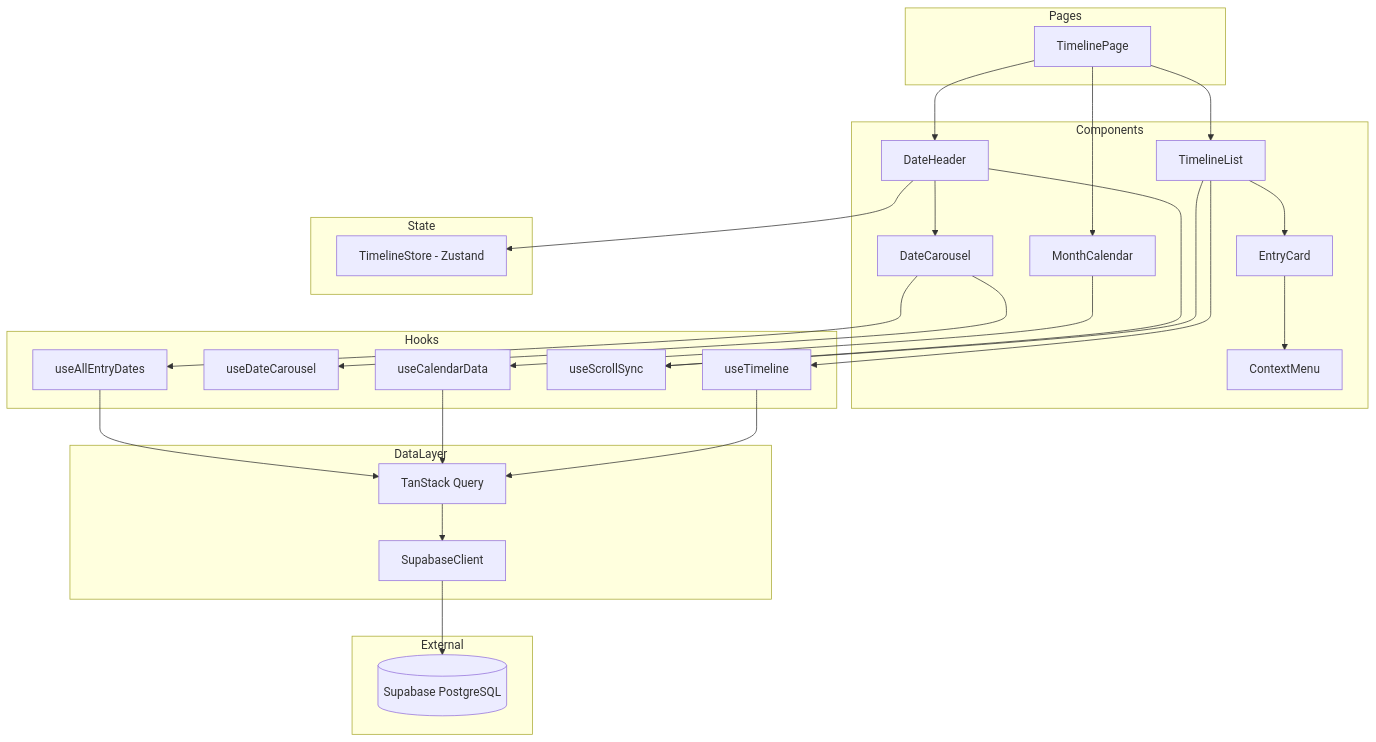
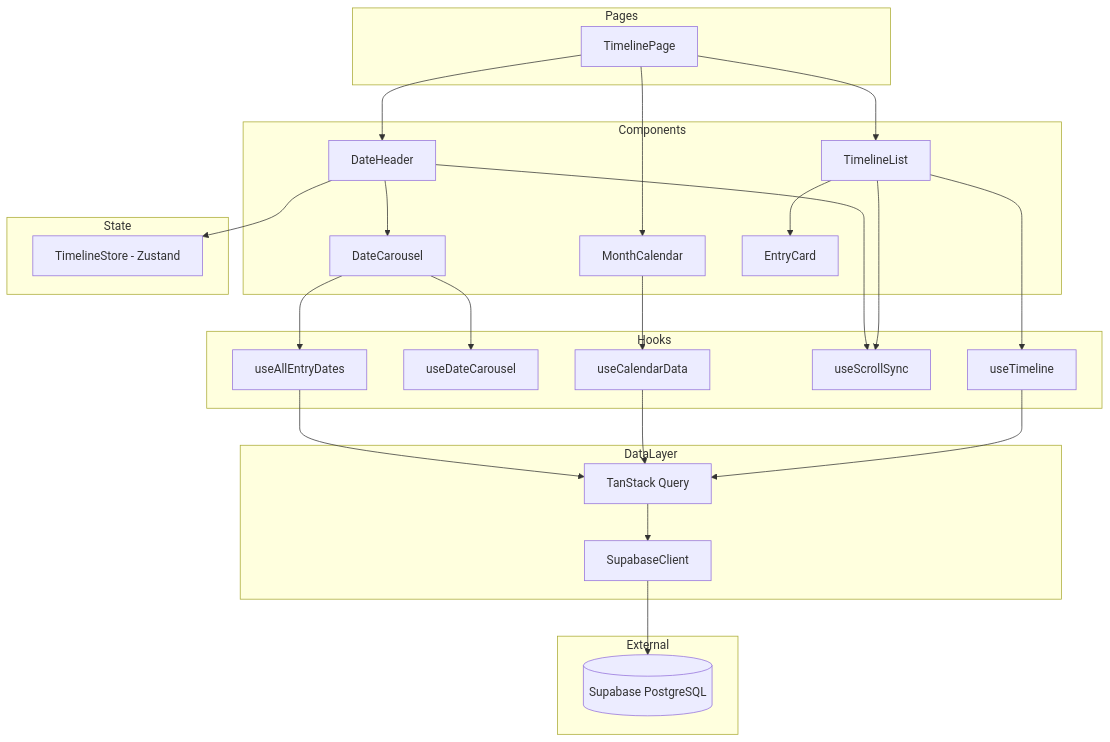
Before and after one commit to Takeaki0817/hibioru: the first of 5 diagrams in .kiro/specs/timeline/design.md, drawn with Mermaid. The commit also changed other lines of this file and 5 other files, not shown here.

````diff
--- a/.kiro/specs/timeline/design.md
+++ b/.kiro/specs/timeline/design.md
@@ -30,57 +29,55 @@
 ```mermaid
 graph TB
     subgraph Pages
         TimelinePage[TimelinePage]
     end
 
     subgraph Components
         DateHeader[DateHeader]
         DateCarousel[DateCarousel]
         MonthCalendar[MonthCalendar]
         TimelineList[TimelineList]
         EntryCard[EntryCard]
-        ContextMenu[ContextMenu]
     end
 
     subgraph Hooks
         useTimeline[useTimeline]
         useDateCarousel[useDateCarousel]
         useAllEntryDates[useAllEntryDates]
         useScrollSync[useScrollSync]
         useCalendarData[useCalendarData]
     end
 
     subgraph State
         TimelineStore[TimelineStore - Zustand]
     end
 
     subgraph DataLayer
         SupabaseClient[SupabaseClient]
         TanStackQuery[TanStack Query]
     end
 
     subgraph External
         SupabaseDB[(Supabase PostgreSQL)]
     end
 
     TimelinePage --> DateHeader
     TimelinePage --> MonthCalendar
     TimelinePage --> TimelineList
     DateHeader --> DateCarousel
     TimelineList --> EntryCard
-    EntryCard --> ContextMenu
 
     DateCarousel --> useDateCarousel
     DateCarousel --> useAllEntryDates
     TimelineList --> useTimeline
     TimelineList --> useScrollSync
     MonthCalendar --> useCalendarData
     DateHeader --> useScrollSync
     DateHeader --> TimelineStore
 
     useTimeline --> TanStackQuery
     useCalendarData --> TanStackQuery
     useAllEntryDates --> TanStackQuery
     TanStackQuery --> SupabaseClient
     SupabaseClient --> SupabaseDB
 ```
````
